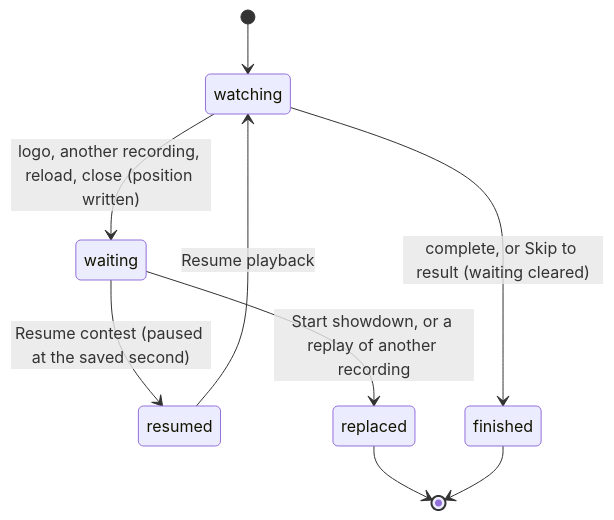
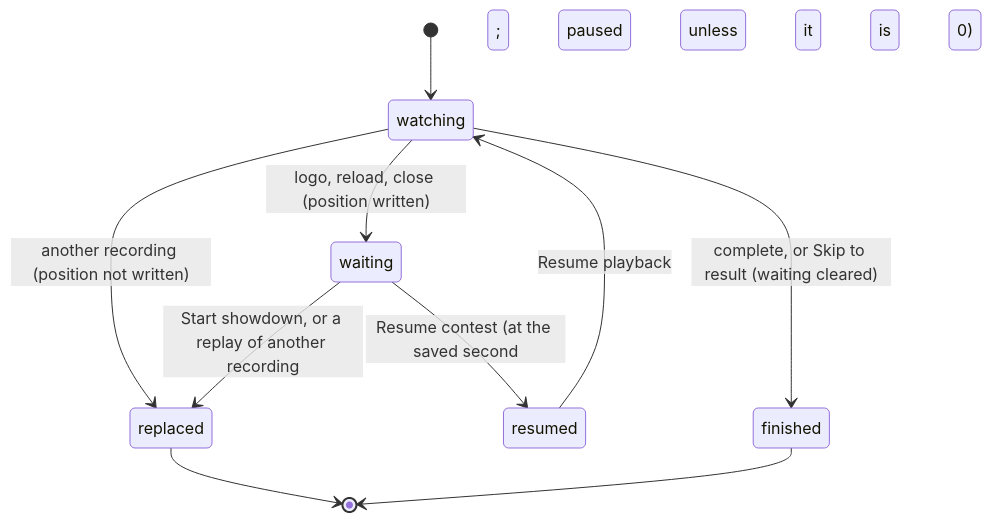
One commit to DougZeThug/Will-You-Be-My-Hero-Arena changed the diagram in docs/product-description/watch/resume-a-contest.md. Above: the diagram before and after it, drawn with Mermaid. The commit also changed other lines of this file and 12 other files, not shown here.

````diff
--- a/docs/product-description/watch/resume-a-contest.md
+++ b/docs/product-description/watch/resume-a-contest.md
@@ -23,11 +23,12 @@
 ```mermaid
 stateDiagram-v2
     [*] --> watching
-    watching --> waiting : logo, another recording, reload, close (position written)
-    waiting --> resumed : Resume contest (paused at the saved second)
+    watching --> waiting : logo, reload, close (position written)
+    watching --> replaced : another recording (position not written)
+    waiting --> resumed : Resume contest (at the saved second; paused unless it is 0)
     resumed --> watching : Resume playback
     waiting --> replaced : Start showdown, or a replay of another recording
     watching --> finished : complete, or Skip to result (waiting cleared)
     replaced --> [*]
     finished --> [*]
 ```
````
